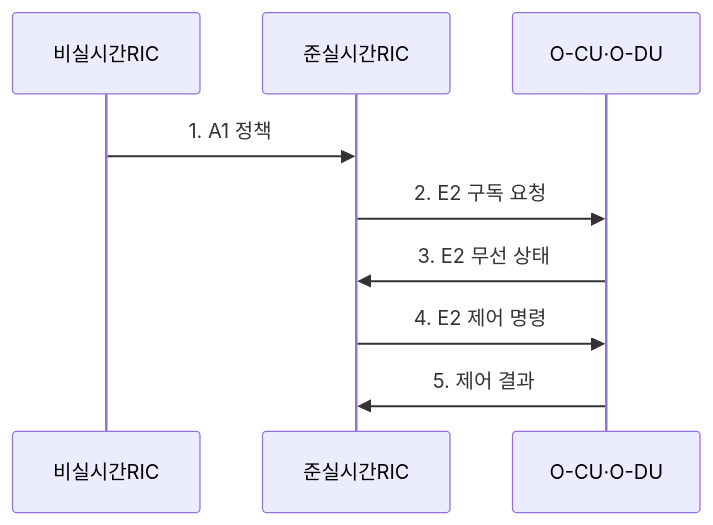
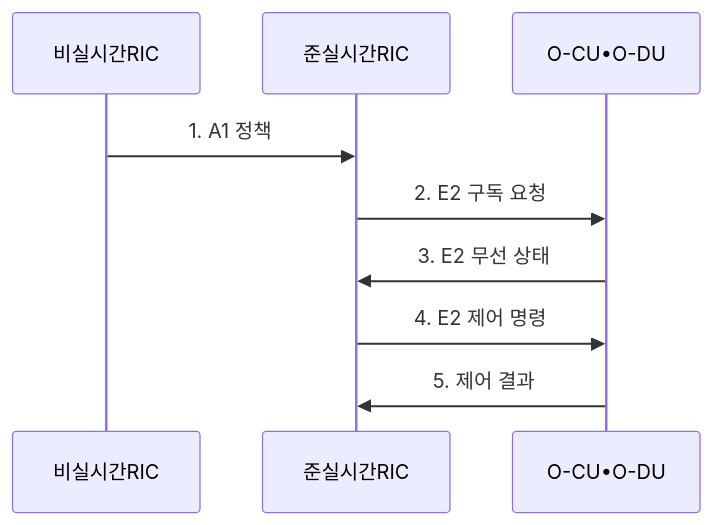
One commit to agnusdei1207/knowledge-base changed the second of 2 diagrams in src/content/docs/notes/04-network/045_open_ran.md. Above: the diagram before and after it, drawn with Mermaid. The commit also changed other lines of this file and 953 other files, not shown here.

````diff
--- a/src/content/docs/notes/04-network/045_open_ran.md
+++ b/src/content/docs/notes/04-network/045_open_ran.md
@@ -109,11 +109,11 @@
 ```mermaid
 sequenceDiagram
     participant 비실시간RIC
     participant 준실시간RIC
-    participant O-CU·O-DU
+    participant O-CU•O-DU
     비실시간RIC->>준실시간RIC: 1. A1 정책
-    준실시간RIC->>O-CU·O-DU: 2. E2 구독 요청
-    O-CU·O-DU->>준실시간RIC: 3. E2 무선 상태
-    준실시간RIC->>O-CU·O-DU: 4. E2 제어 명령
-    O-CU·O-DU->>준실시간RIC: 5. 제어 결과
+    준실시간RIC->>O-CU•O-DU: 2. E2 구독 요청
+    O-CU•O-DU->>준실시간RIC: 3. E2 무선 상태
+    준실시간RIC->>O-CU•O-DU: 4. E2 제어 명령
+    O-CU•O-DU->>준실시간RIC: 5. 제어 결과
 ```
````
